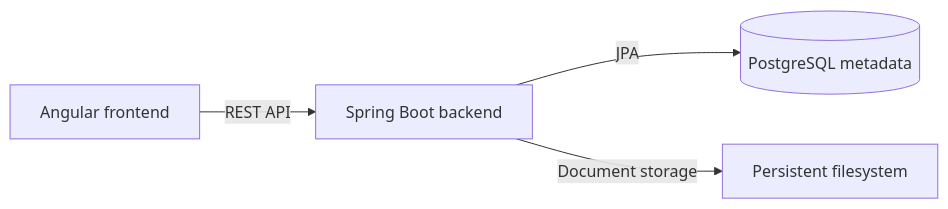
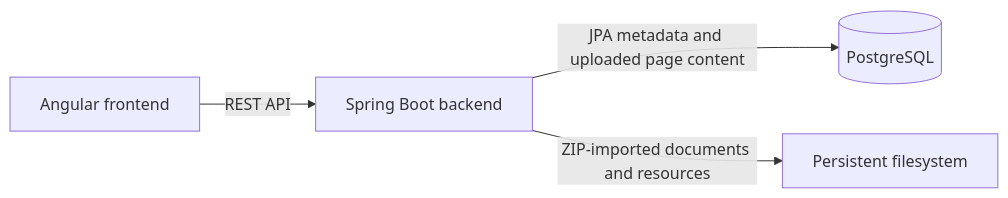
The diagram in README.md (nic0michael/TOGAFmate), drawn with Mermaid before and after one commit. The commit also changed other lines of this file and 1 other file, not shown here.

````diff
--- a/README.md
+++ b/README.md
@@ -284,6 +284,6 @@
 ```mermaid
 flowchart LR
     Browser[Angular frontend] -->|REST API| Backend[Spring Boot backend]
-    Backend -->|JPA| Database[(PostgreSQL metadata)]
-    Backend -->|Document storage| Files[Persistent filesystem]
+    Backend -->|JPA metadata and uploaded page content| Database[(PostgreSQL)]
+    Backend -->|ZIP-imported documents and resources| Files[Persistent filesystem]
 ```
````
